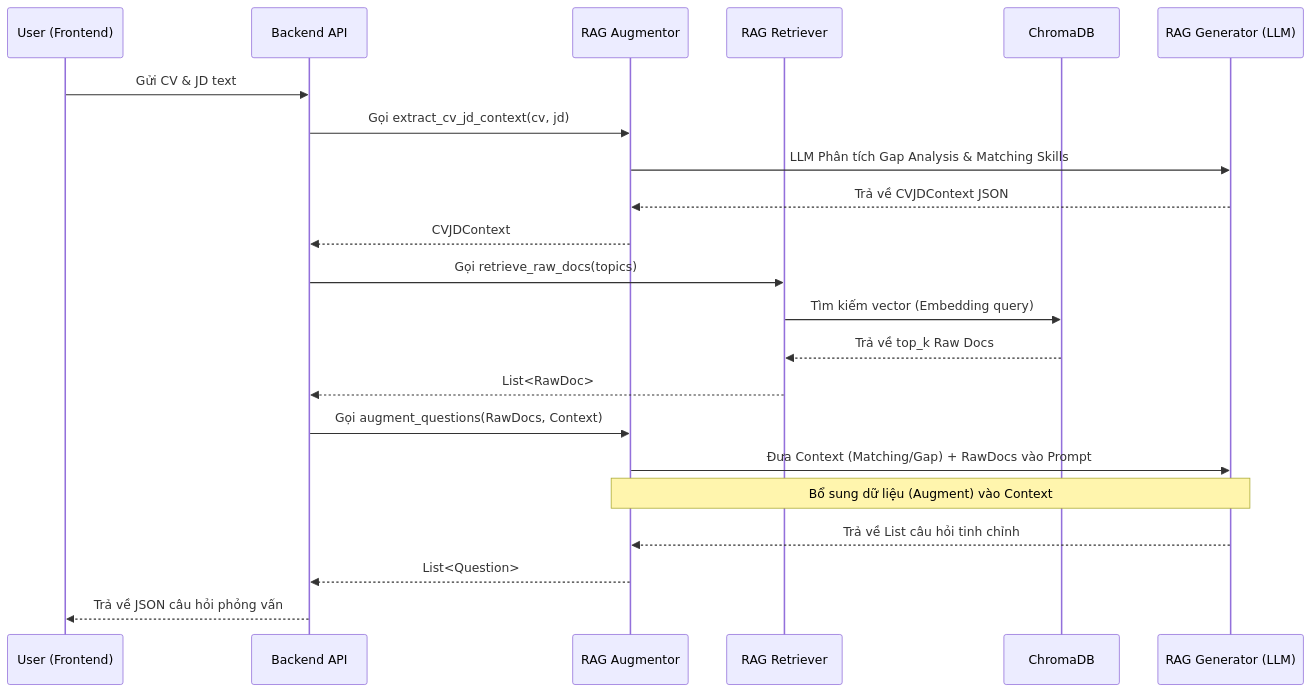
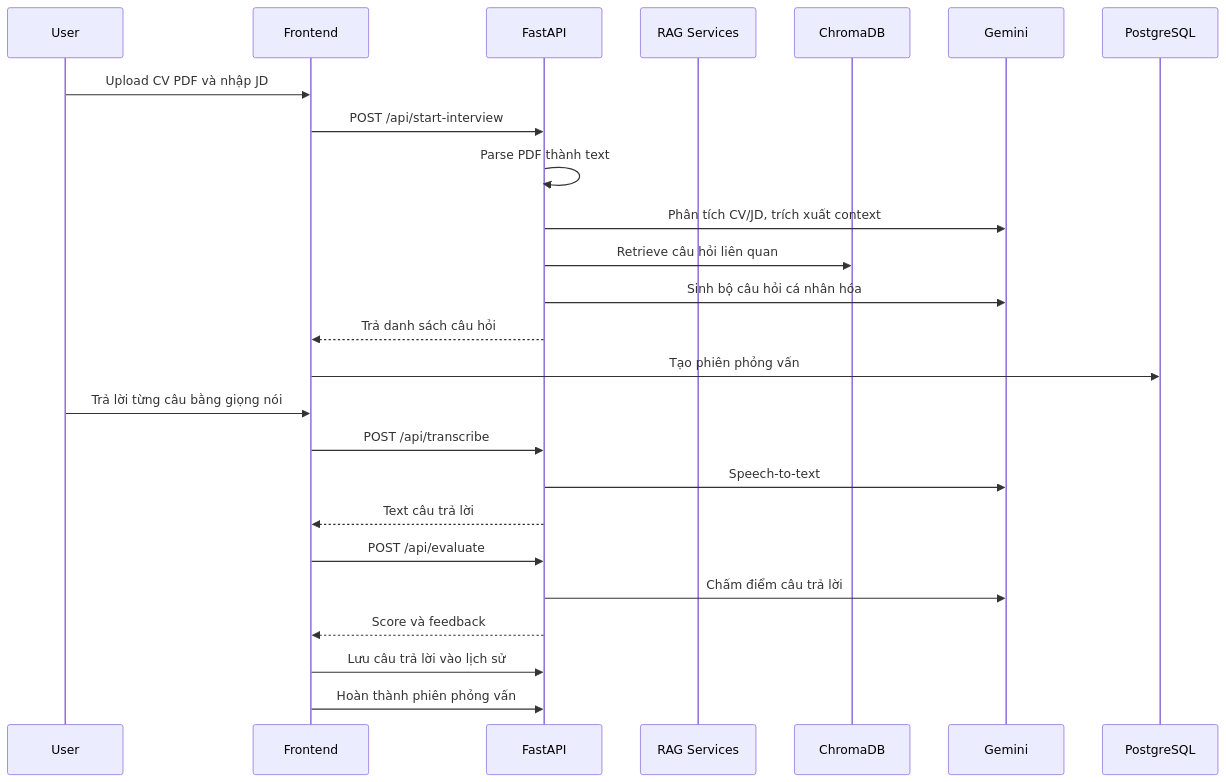
One commit to TQThang2004/interview changed the second of 4 diagrams in README.md. Above: the diagram before and after it, drawn with Mermaid. The commit also changed other lines of this file and 77 other files, not shown here.

````diff
--- a/README.md
+++ b/README.md
@@ -92,27 +148,29 @@
 ```mermaid
 sequenceDiagram
-    participant U as User (Frontend)
-    participant B as Backend API
-    participant A as RAG Augmentor
-    participant R as RAG Retriever
-    participant C as ChromaDB
-    participant G as RAG Generator (LLM)
+    participant U as User
+    participant FE as Frontend
+    participant API as FastAPI
+    participant RAG as RAG Services
+    participant CH as ChromaDB
+    participant GM as Gemini
+    participant DB as PostgreSQL
 
-    U->>B: Gửi CV & JD text
-    B->>A: Gọi extract_cv_jd_context(cv, jd)
-    A->>G: LLM Phân tích Gap Analysis & Matching Skills
-    G-->>A: Trả về CVJDContext JSON
-    A-->>B: CVJDContext
-    
-    B->>R: Gọi retrieve_raw_docs(topics)
-    R->>C: Tìm kiếm vector (Embedding query)
-    C-->>R: Trả về top_k Raw Docs
-    R-->>B: List<RawDoc>
-    
-    B->>A: Gọi augment_questions(RawDocs, Context)
-    A->>G: Đưa Context (Matching/Gap) + RawDocs vào Prompt
-    Note over A, G: Bổ sung dữ liệu (Augment) vào Context
-    G-->>A: Trả về List câu hỏi tinh chỉnh
-    A-->>B: List<Question>
-    B-->>U: Trả về JSON câu hỏi phỏng vấn
+    U->>FE: Upload CV PDF và nhập JD
+    FE->>API: POST /api/start-interview
+    API->>API: Parse PDF thành text
+    API->>GM: Phân tích CV/JD, trích xuất context
+    API->>CH: Retrieve câu hỏi liên quan
+    API->>GM: Sinh bộ câu hỏi cá nhân hóa
+    API-->>FE: Trả danh sách câu hỏi
+
+    FE->>DB: Tạo phiên phỏng vấn
+    U->>FE: Trả lời từng câu bằng giọng nói
+    FE->>API: POST /api/transcribe
+    API->>GM: Speech-to-text
+    API-->>FE: Text câu trả lời
+    FE->>API: POST /api/evaluate
+    API->>GM: Chấm điểm câu trả lời
+    API-->>FE: Score và feedback
+    FE->>API: Lưu câu trả lời vào lịch sử
+    FE->>API: Hoàn thành phiên phỏng vấn
 ```
````
